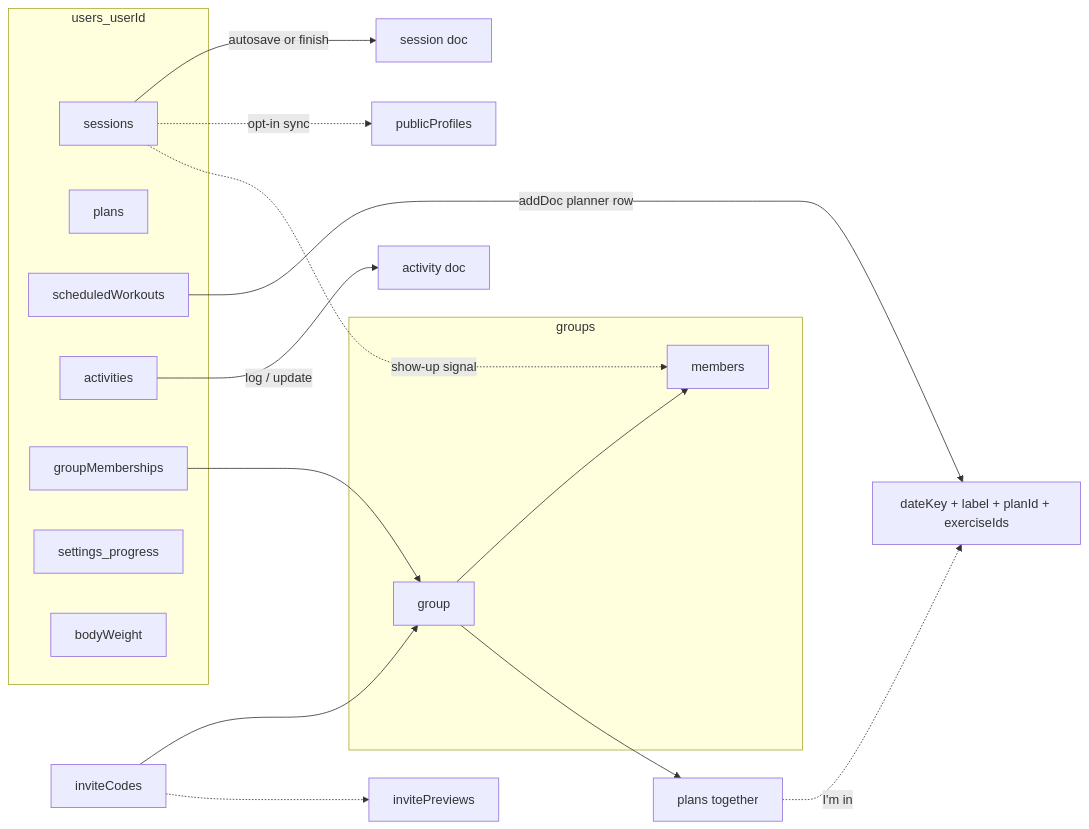
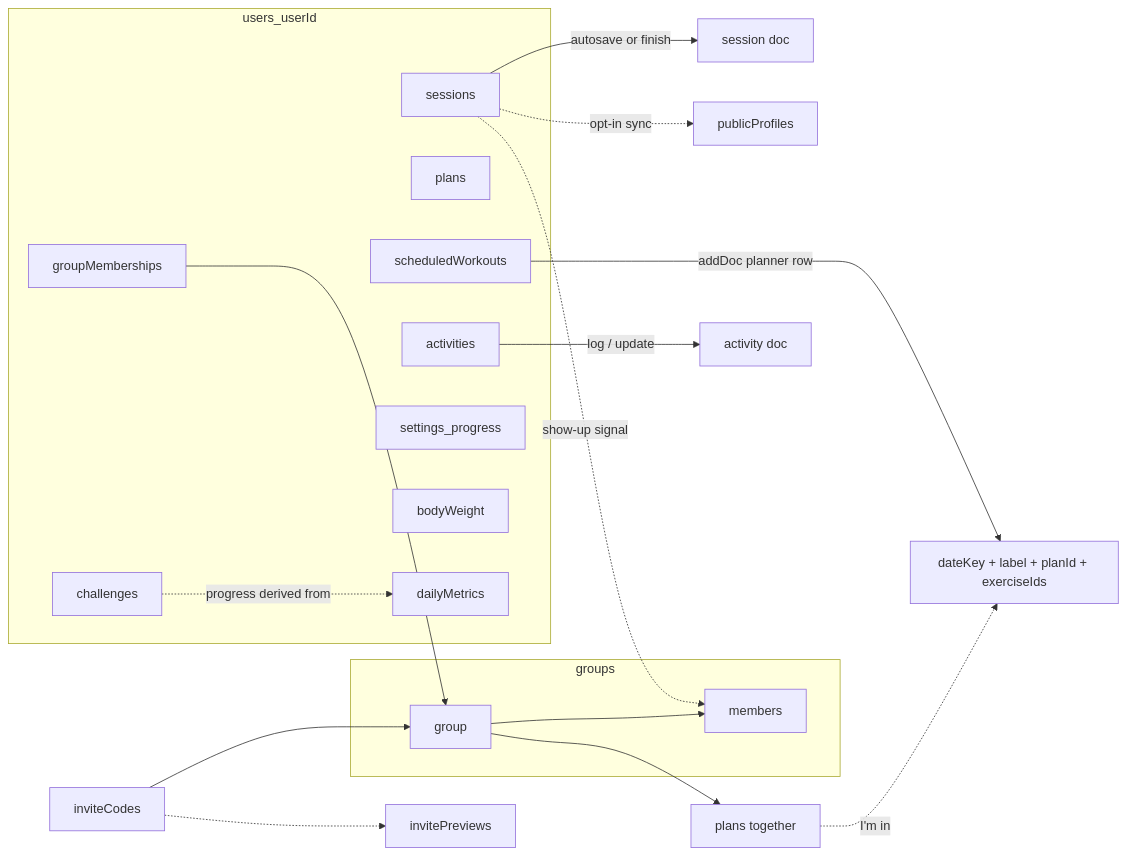
One commit to ShaneRich5/built-daily changed the diagram in docs/DATA_MODEL.md. Above: the diagram before and after it, drawn with Mermaid. The commit also changed other lines of this file and 1 other file, not shown here.

Commit message:
docs: data model for dailyMetrics and challenges, phase 1 status

````diff
--- a/docs/DATA_MODEL.md
+++ b/docs/DATA_MODEL.md
@@ -59,29 +63,32 @@
 ```mermaid
 flowchart LR
   subgraph userPath [users_userId]
     sessions[sessions]
     plans[plans]
     scheduled[scheduledWorkouts]
     activities[activities]
     memberships[groupMemberships]
     settings[settings_progress]
     bodyWeight[bodyWeight]
+    dailyMetrics[dailyMetrics]
+    challenges[challenges]
   end
   subgraph groupsPath [groups]
     groupDoc[group]
     members[members]
   end
   inviteCodes[inviteCodes]
   publicProfiles[publicProfiles]
   sessions -->|autosave or finish| sessionDoc[session doc]
   scheduled -->|addDoc planner row| plannerRow[dateKey + label + planId + exerciseIds]
   activities -->|log / update| activityDoc[activity doc]
+  challenges -.->|progress derived from| dailyMetrics
   memberships --> groupDoc
   inviteCodes --> groupDoc
   groupDoc --> members
   groupDoc --> groupPlans[plans together]
   groupPlans -.->|I'm in| plannerRow
   inviteCodes -.-> invitePreviews[invitePreviews]
   sessions -.->|opt-in sync| publicProfiles
   sessions -.->|show-up signal| members
 ```
````
